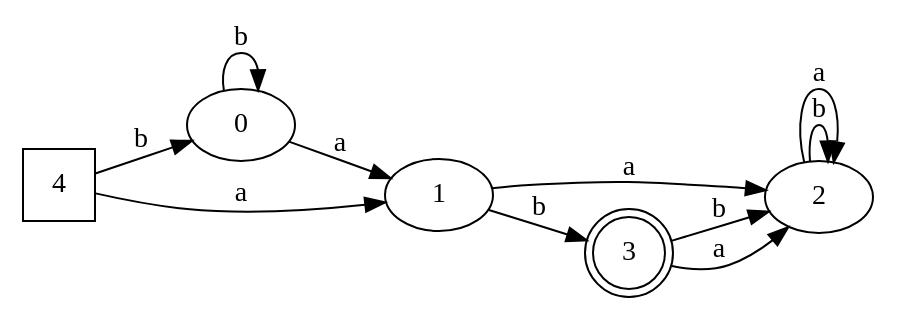
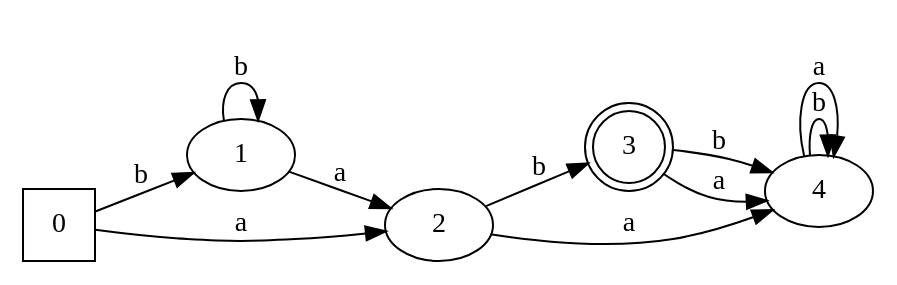
Before and after one commit to jav-ram/compis1: the diagram in graphs/afd/b*.a.b.dot, drawn with Graphviz. The commit also changed 34 other files, not shown here.

```diff
--- a/graphs/afd/b*.a.b.dot
+++ b/graphs/afd/b*.a.b.dot
@@ -1,19 +1,19 @@
 digraph G {
 	rankdir=LR;
-	0->0[ label=b ];
-	0->1[ label=a ];
+	0->1[ label=b ];
+	0->2[ label=a ];
+	1->1[ label=b ];
 	1->2[ label=a ];
-	1->3[ label=b ];
-	3->2[ label=b ];
-	3->2[ label=a ];
-	2->2[ label=b ];
-	2->2[ label=a ];
-	4->0[ label=b ];
-	4->1[ label=a ];
-	0;
+	2->3[ label=b ];
+	2->4[ label=a ];
+	3->4[ label=b ];
+	3->4[ label=a ];
+	4->4[ label=b ];
+	4->4[ label=a ];
+	0 [ shape=square ];
 	1;
 	2;
 	3 [ shape=doublecircle ];
-	4 [ shape=square ];
+	4;
 
 }
```
